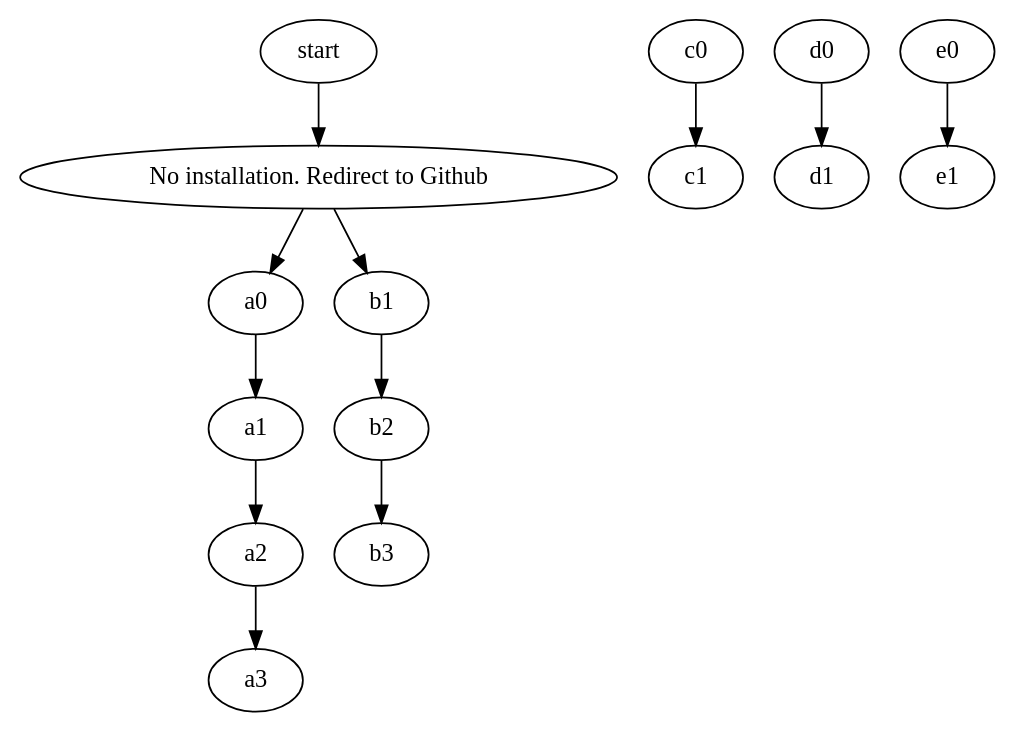
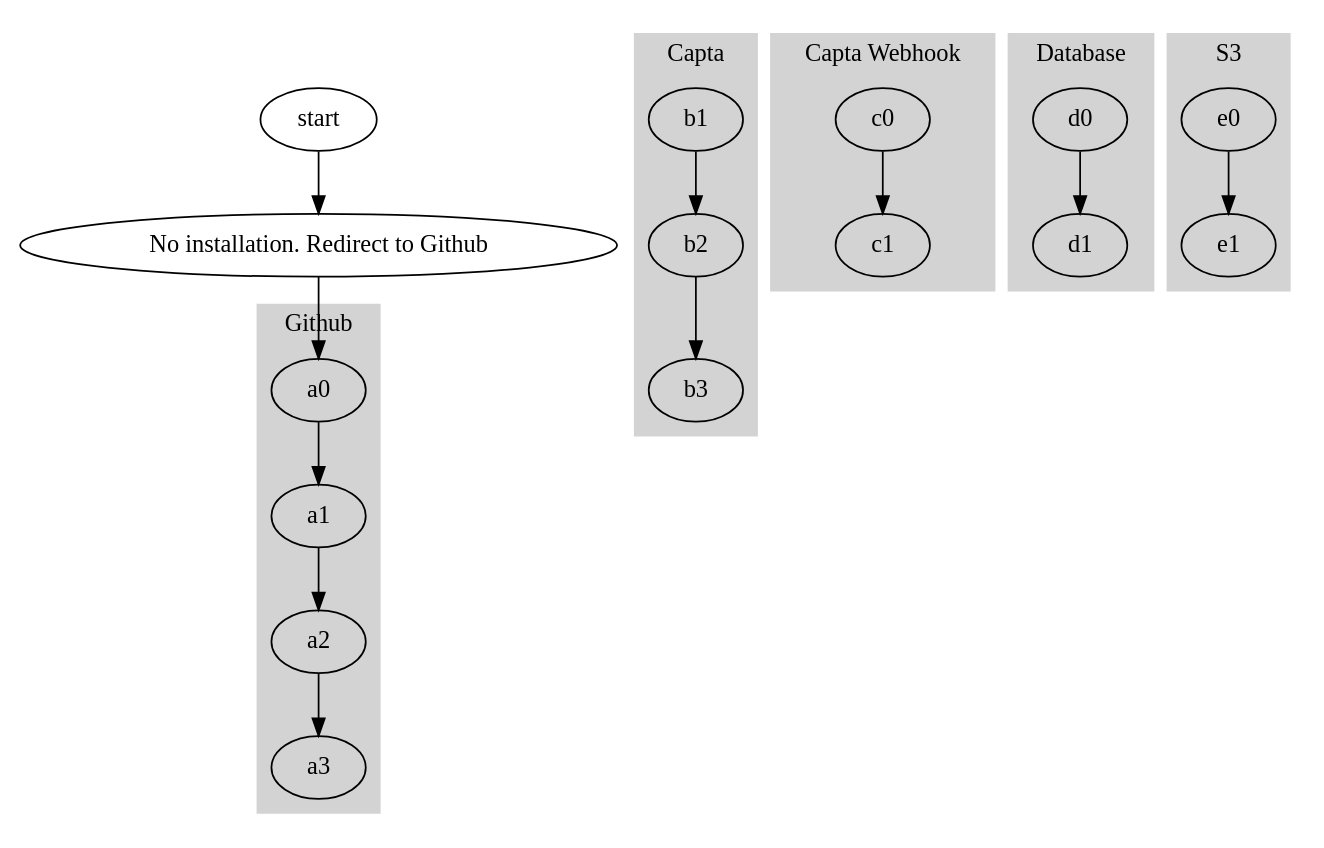
The diagram in github_integration.gv (rickyyean/blog1), drawn with Graphviz before and after one commit.

```diff
--- a/github_integration.gv
+++ b/github_integration.gv
@@ -1,37 +1,37 @@
 digraph G {
-  subgraph github {
+  subgraph cluster_github {
     label = "Github";
     style=filled;
     color=lightgrey;
     a0 -> a1 -> a2 -> a3;
   }
-  subgraph capta {
+  subgraph cluster_capta {
     label = "Capta";
     color=lightgrey;
     style=filled;
-    b0 -> b1 -> b2 -> b3;
+    b1 -> b2 -> b3;
   }
-  subgraph capta_webhook {
+  subgraph cluster_capta_webhook {
     label = "Capta Webhook";
     color=lightgrey;
     style=filled;
     c0 -> c1;
   }
-  subgraph db {
+  subgraph cluster_db {
     label = "Database";
     color=lightgrey;
     style=filled;
     d0 -> d1;
   }
-  subgraph s3 {
+  subgraph cluster_s3 {
     label="S3";
     color=lightgrey;
     style=filled;
     e0 -> e1;
   }
   
   b0 [label="No installation. Redirect to Github"];
 
   start -> b0;
   b0 -> a0;
 }
```
